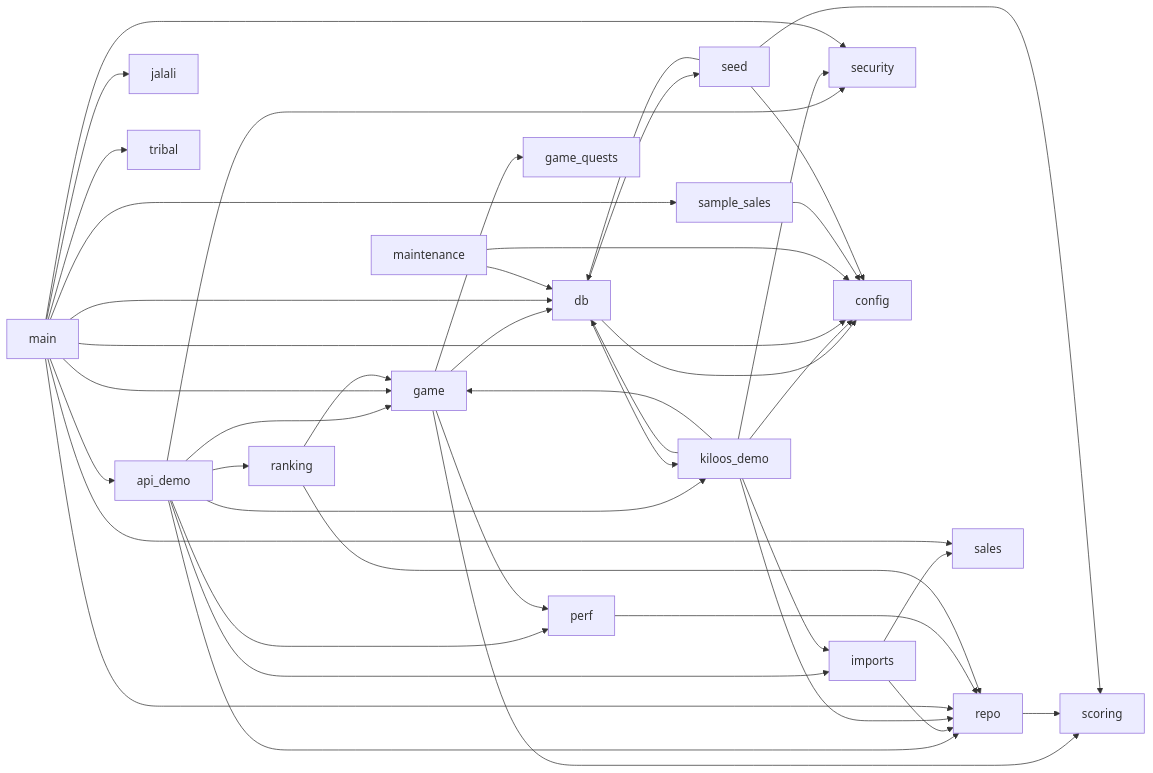
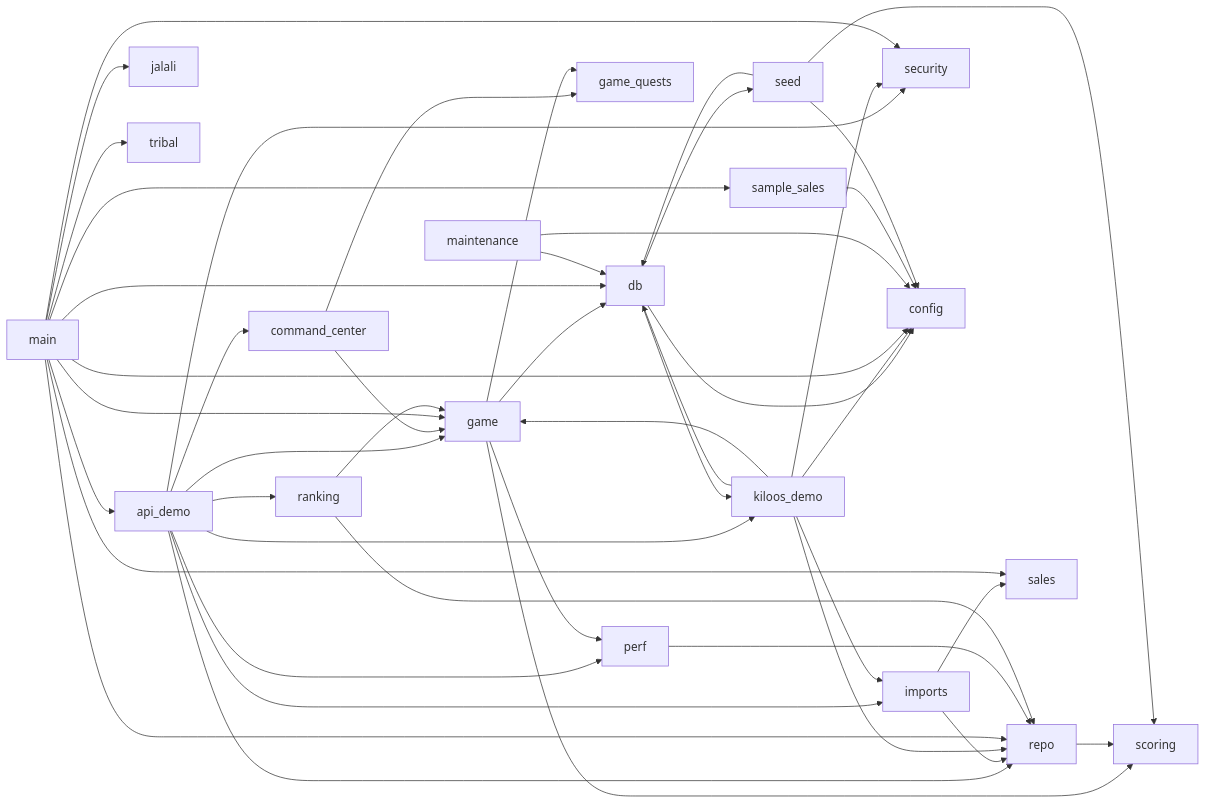
Before and after one commit to iciiex/comu-center: the diagram in docs/agent-guide/code-map.md, drawn with Mermaid. The commit also changed other lines of this file and 3 other files, not shown here.

First line of the commit message:
Kiloos game demo: management command-center engagement metrics (DEMO)

````diff
--- a/docs/agent-guide/code-map.md
+++ b/docs/agent-guide/code-map.md
@@ -53,45 +54,48 @@
 ```mermaid
 graph LR
+    api_demo --> command_center
     api_demo --> game
     api_demo --> imports
     api_demo --> kiloos_demo
     api_demo --> perf
     api_demo --> ranking
     api_demo --> repo
     api_demo --> security
+    command_center --> game
+    command_center --> game_quests
     db --> config
     db --> kiloos_demo
     db --> seed
     game --> db
     game --> game_quests
     game --> perf
     game --> scoring
     imports --> repo
     imports --> sales
     kiloos_demo --> config
     kiloos_demo --> db
     kiloos_demo --> game
     kiloos_demo --> imports
     kiloos_demo --> repo
     kiloos_demo --> security
     main --> api_demo
     main --> config
     main --> db
     main --> game
     main --> jalali
     main --> repo
     main --> sales
     main --> sample_sales
     main --> security
     main --> tribal
     maintenance --> config
     maintenance --> db
     perf --> repo
     ranking --> game
     ranking --> repo
     repo --> scoring
     sample_sales --> config
     seed --> config
     seed --> db
     seed --> scoring
 ```
````
